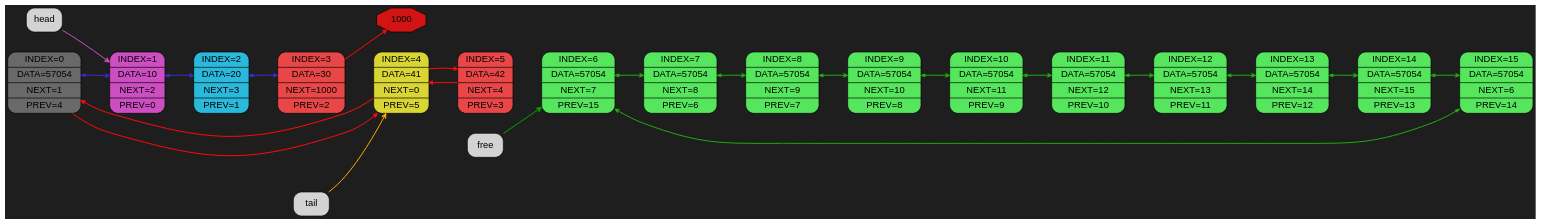
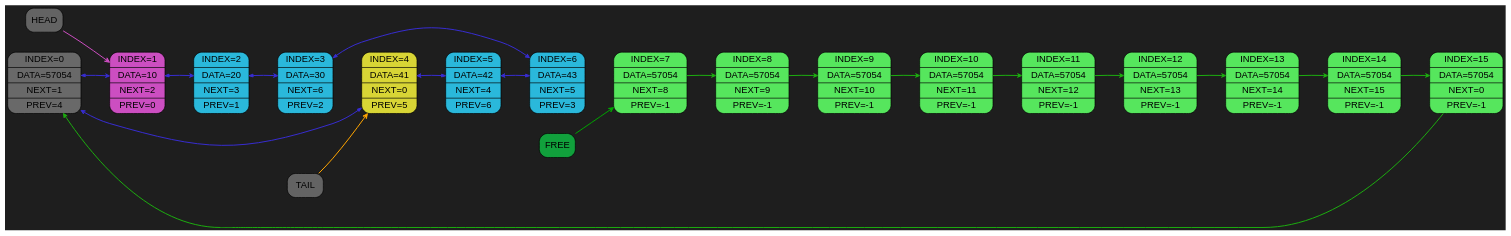
One commit to Kabuto-Mainer/SOFT_PROCESSOR changed the diagram in LIST/graph.dot. Above: the diagram before and after it, drawn with Graphviz. The commit also changed 20 other files, not shown here.

```diff
--- a/LIST/graph.dot
+++ b/LIST/graph.dot
@@ -1,62 +1,62 @@
 digraph {
   rankdir=LR;
   bgcolor="#1e1e1e"  nodesep=0.4;
   ranksep=0.6;
   node [shape=Mrecord, style=filled, fontname="Helvetica"];
   edge [arrowhead=vee, arrowsize=0.6, penwidth=1.2];
 
 block0 [label="INDEX=0|DATA=57054|NEXT=1|PREV=4", fillcolor="#696969ff"];
 block1 [label="INDEX=1|DATA=10|NEXT=2|PREV=0", fillcolor="#cc4ec1ff"];
 block2 [label="INDEX=2|DATA=20|NEXT=3|PREV=1", fillcolor="#2ab8dbff"];
-block3 [label="INDEX=3|DATA=30|NEXT=1000|PREV=2", fillcolor="#e94747ff"];
+block3 [label="INDEX=3|DATA=30|NEXT=6|PREV=2", fillcolor="#2ab8dbff"];
 block4 [label="INDEX=4|DATA=41|NEXT=0|PREV=5", fillcolor="#d8d535ff"];
-block5 [label="INDEX=5|DATA=42|NEXT=4|PREV=3", fillcolor="#e94747ff"];
-block6 [label="INDEX=6|DATA=57054|NEXT=7|PREV=15", fillcolor="#56e65dff"];
-block7 [label="INDEX=7|DATA=57054|NEXT=8|PREV=6", fillcolor="#56e65dff"];
-block8 [label="INDEX=8|DATA=57054|NEXT=9|PREV=7", fillcolor="#56e65dff"];
-block9 [label="INDEX=9|DATA=57054|NEXT=10|PREV=8", fillcolor="#56e65dff"];
-block10 [label="INDEX=10|DATA=57054|NEXT=11|PREV=9", fillcolor="#56e65dff"];
-block11 [label="INDEX=11|DATA=57054|NEXT=12|PREV=10", fillcolor="#56e65dff"];
-block12 [label="INDEX=12|DATA=57054|NEXT=13|PREV=11", fillcolor="#56e65dff"];
-block13 [label="INDEX=13|DATA=57054|NEXT=14|PREV=12", fillcolor="#56e65dff"];
-block14 [label="INDEX=14|DATA=57054|NEXT=15|PREV=13", fillcolor="#56e65dff"];
-block15 [label="INDEX=15|DATA=57054|NEXT=6|PREV=14", fillcolor="#56e65dff"];
+block5 [label="INDEX=5|DATA=42|NEXT=4|PREV=6", fillcolor="#2ab8dbff"];
+block6 [label="INDEX=6|DATA=43|NEXT=5|PREV=3", fillcolor="#2ab8dbff"];
+block7 [label="INDEX=7|DATA=57054|NEXT=8|PREV=-1", fillcolor="#56e65dff"];
+block8 [label="INDEX=8|DATA=57054|NEXT=9|PREV=-1", fillcolor="#56e65dff"];
+block9 [label="INDEX=9|DATA=57054|NEXT=10|PREV=-1", fillcolor="#56e65dff"];
+block10 [label="INDEX=10|DATA=57054|NEXT=11|PREV=-1", fillcolor="#56e65dff"];
+block11 [label="INDEX=11|DATA=57054|NEXT=12|PREV=-1", fillcolor="#56e65dff"];
+block12 [label="INDEX=12|DATA=57054|NEXT=13|PREV=-1", fillcolor="#56e65dff"];
+block13 [label="INDEX=13|DATA=57054|NEXT=14|PREV=-1", fillcolor="#56e65dff"];
+block14 [label="INDEX=14|DATA=57054|NEXT=15|PREV=-1", fillcolor="#56e65dff"];
+block15 [label="INDEX=15|DATA=57054|NEXT=0|PREV=-1", fillcolor="#56e65dff"];
+head [label="HEAD", fillcolor="#636363ff"];
+tail [label="TAIL", fillcolor="#636363ff"];
+free [label="FREE", fillcolor="#11a03cff"];
 block0 -> block1 [style=invis, weight=100];
 block1 -> block2 [style=invis, weight=100];
 block2 -> block3 [style=invis, weight=100];
 block3 -> block4 [style=invis, weight=100];
 block4 -> block5 [style=invis, weight=100];
 block5 -> block6 [style=invis, weight=100];
 block6 -> block7 [style=invis, weight=100];
 block7 -> block8 [style=invis, weight=100];
 block8 -> block9 [style=invis, weight=100];
 block9 -> block10 [style=invis, weight=100];
 block10 -> block11 [style=invis, weight=100];
 block11 -> block12 [style=invis, weight=100];
 block12 -> block13 [style=invis, weight=100];
 block13 -> block14 [style=invis, weight=100];
 block14 -> block15 [style=invis, weight=100];
 
 block0 -> block1 [color="#382dd1ff", penwidth=1.5, arrowsize=0.6, constraint=true, dir = both];
 block1 -> block2 [color="#382dd1ff", penwidth=1.5, arrowsize=0.6, constraint=true, dir = both];
 block2 -> block3 [color="#382dd1ff", penwidth=1.5, arrowsize=0.6, constraint=true, dir = both];
-block1000 [label="1000", shape=octagon, fillcolor="#d31414ff"];
-block3 -> block1000 [color="#ff0a0aff", penwidth=1.5, arrowsize=0.6, constraint=true];
-block4 -> block0 [color="#ff0a0aff", penwidth=1.5, arrowsize=0.6, constraint=true];
-block0 -> block4 [color="#ff0a0aff", penwidth=1.5, arrowsize=0.6, constraint=true];
-block5 -> block4 [color="#ff0a0aff", penwidth=1.5, arrowsize=0.6, constraint=true];
-block4 -> block5 [color="#ff0a0aff", penwidth=1.5, arrowsize=0.6, constraint=true];
-block6 -> block7 [color="#1dad10ff", penwidth=1.5, arrowsize=0.6, constraint=true, dir = both];
-block7 -> block8 [color="#1dad10ff", penwidth=1.5, arrowsize=0.6, constraint=true, dir = both];
-block8 -> block9 [color="#1dad10ff", penwidth=1.5, arrowsize=0.6, constraint=true, dir = both];
-block9 -> block10 [color="#1dad10ff", penwidth=1.5, arrowsize=0.6, constraint=true, dir = both];
-block10 -> block11 [color="#1dad10ff", penwidth=1.5, arrowsize=0.6, constraint=true, dir = both];
-block11 -> block12 [color="#1dad10ff", penwidth=1.5, arrowsize=0.6, constraint=true, dir = both];
-block12 -> block13 [color="#1dad10ff", penwidth=1.5, arrowsize=0.6, constraint=true, dir = both];
-block13 -> block14 [color="#1dad10ff", penwidth=1.5, arrowsize=0.6, constraint=true, dir = both];
-block14 -> block15 [color="#1dad10ff", penwidth=1.5, arrowsize=0.6, constraint=true, dir = both];
-block15 -> block6 [color="#1dad10ff", penwidth=1.5, arrowsize=0.6, constraint=true, dir = both];
+block3 -> block6 [color="#382dd1ff", penwidth=1.5, arrowsize=0.6, constraint=true, dir = both];
+block4 -> block0 [color="#382dd1ff", penwidth=1.5, arrowsize=0.6, constraint=true, dir = both];
+block5 -> block4 [color="#382dd1ff", penwidth=1.5, arrowsize=0.6, constraint=true, dir = both];
+block6 -> block5 [color="#382dd1ff", penwidth=1.5, arrowsize=0.6, constraint=true, dir = both];
+block7 -> block8 [color="#1dad10ff", penwidth=1.5, arrowsize=0.6, constraint=true];
+block8 -> block9 [color="#1dad10ff", penwidth=1.5, arrowsize=0.6, constraint=true];
+block9 -> block10 [color="#1dad10ff", penwidth=1.5, arrowsize=0.6, constraint=true];
+block10 -> block11 [color="#1dad10ff", penwidth=1.5, arrowsize=0.6, constraint=true];
+block11 -> block12 [color="#1dad10ff", penwidth=1.5, arrowsize=0.6, constraint=true];
+block12 -> block13 [color="#1dad10ff", penwidth=1.5, arrowsize=0.6, constraint=true];
+block13 -> block14 [color="#1dad10ff", penwidth=1.5, arrowsize=0.6, constraint=true];
+block14 -> block15 [color="#1dad10ff", penwidth=1.5, arrowsize=0.6, constraint=true];
+block15 -> block0 [color="#1dad10ff", penwidth=1.5, arrowsize=0.6, constraint=true];
 head -> block1 [color="#cc4ec1ff", penwidth=1.5, arrowsize=0.7];
 tail -> block4 [color="#FFA500", penwidth=1.5, arrowsize=0.7];
-free -> block6 [color="#00A500", penwidth=1.5, arrowsize=0.7];
+free -> block7 [color="#00A500", penwidth=1.5, arrowsize=0.7];
 }
```
